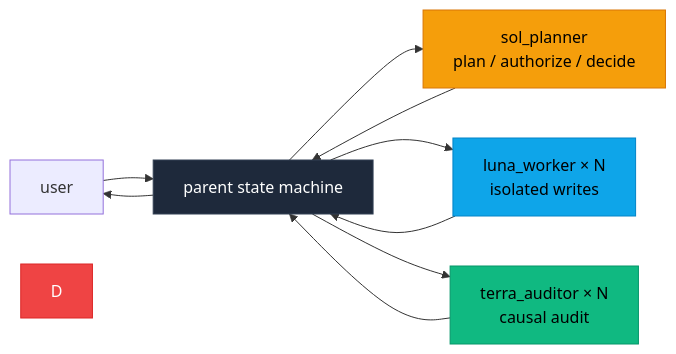
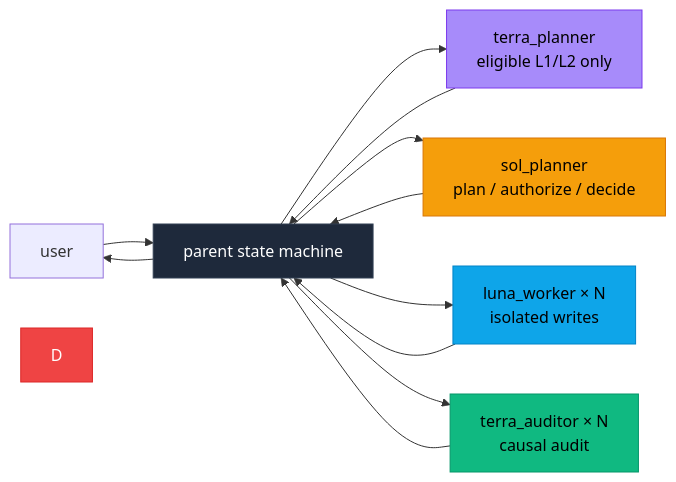
The first of 2 diagrams in README.md (GhostXia/lean-dev-router), drawn with Mermaid before and after one commit. The commit also changed other lines of this file and 10 other files, not shown here.

````diff
--- a/README.md
+++ b/README.md
@@ -248,17 +288,20 @@
 ```mermaid
 flowchart LR
     U[user] --> P[parent state machine]
+    P --> TP[terra_planner<br/>eligible L1/L2 only]
+    TP --> P
     P --> S[sol_planner<br/>plan / authorize / decide]
     S --> P
     P --> L[luna_worker × N<br/>isolated writes]
     L --> P
     P --> T[terra_auditor × N<br/>causal audit]
     T --> P
     P --> U
 
     style P fill:#1e293b,stroke:#334155,color:#fff
+    style TP fill:#a78bfa,stroke:#7c3aed,color:#000
     style S fill:#f59e0b,stroke:#d97706,color:#000
     style L fill:#0ea5e9,stroke:#0284c7,color:#000
     style T fill:#10b981,stroke:#059669,color:#000
     style D fill:#ef4444,stroke:#dc2626,color:#fff
 ```
````
